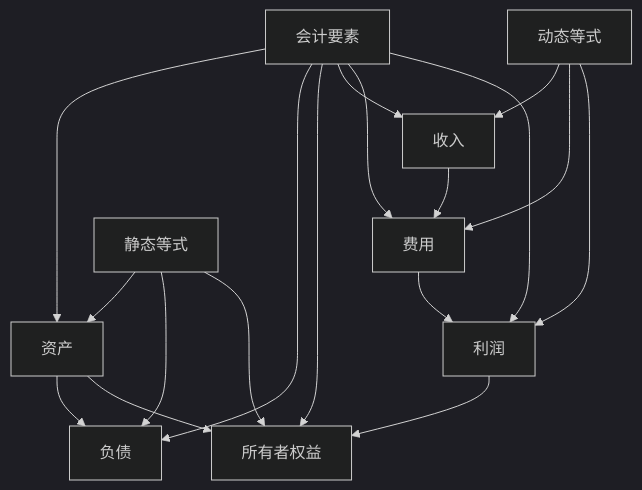
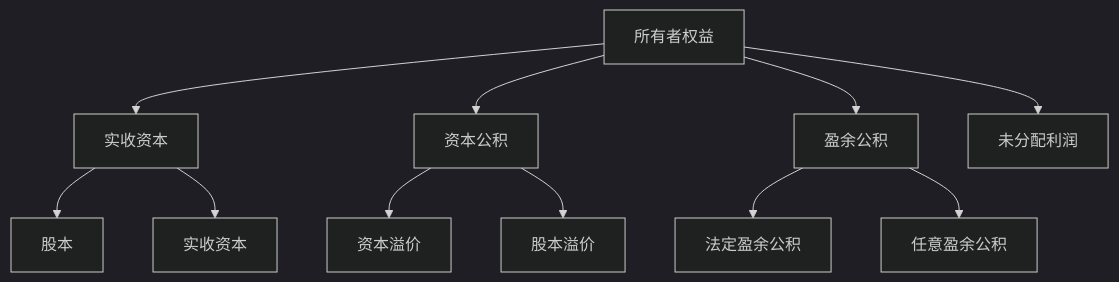
One commit to Anping2017/obsidian changed the fourth of 10 diagrams in 会计学/01-基础认知层/会计要素与等式/03-要素关系图解.md. Above: the diagram before and after it, drawn with Mermaid (dark theme). The commit also changed other lines of this file and 22 other files, not shown here.

````diff
--- a/会计学/01-基础认知层/会计要素与等式/03-要素关系图解.md
+++ b/会计学/01-基础认知层/会计要素与等式/03-要素关系图解.md
@@ -125,24 +88,16 @@
 ```mermaid
 graph TD
-    A[资产] --> B[负债]
-    A --> C[所有者权益]
+    A[所有者权益] --> B[实收资本]
+    A --> C[资本公积]
+    A --> D[盈余公积]
+    A --> E[未分配利润]
     
-    D[收入] --> E[费用]
-    E --> F[利润]
-    F --> C
+    B --> F[股本]
+    B --> G[实收资本]
     
-    G[会计要素] --> A
-    G --> B
-    G --> C
-    G --> D
-    G --> E
-    G --> F
+    C --> H[资本溢价]
+    C --> I[股本溢价]
     
-    H[静态等式] --> A
-    H --> B
-    H --> C
-    
-    I[动态等式] --> D
-    I --> E
-    I --> F
+    D --> J[法定盈余公积]
+    D --> K[任意盈余公积]
 ```
````
